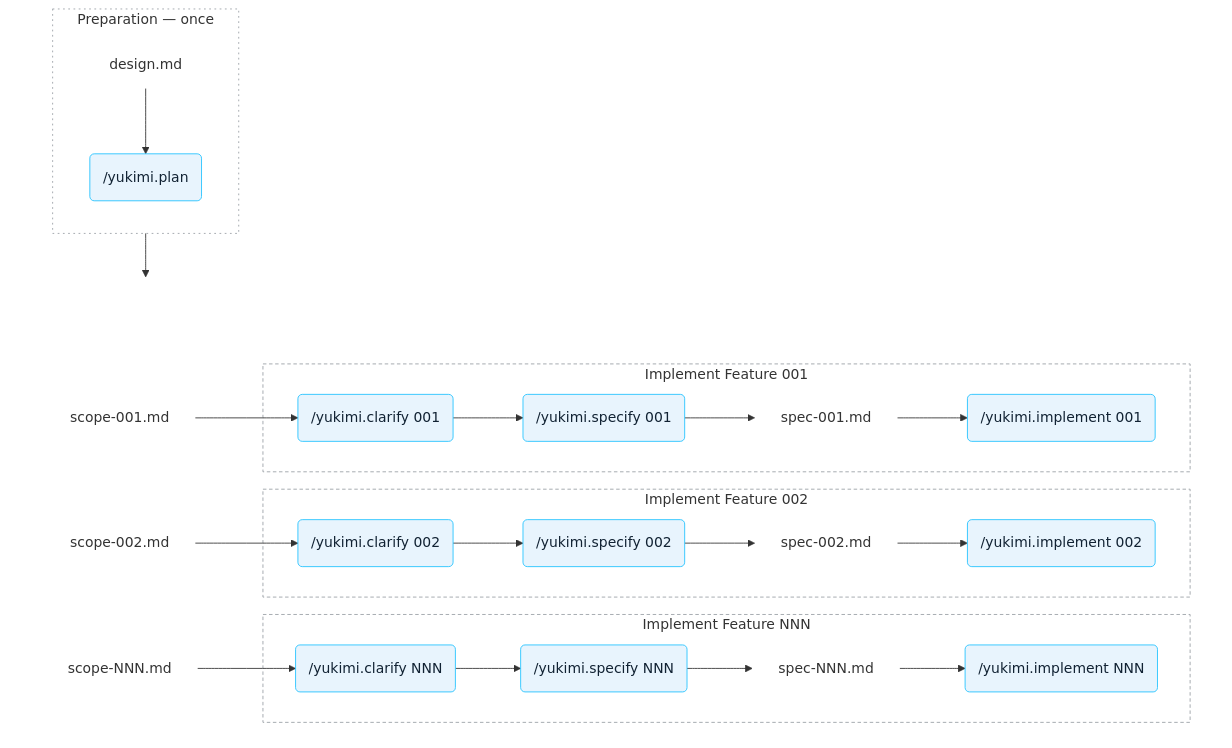
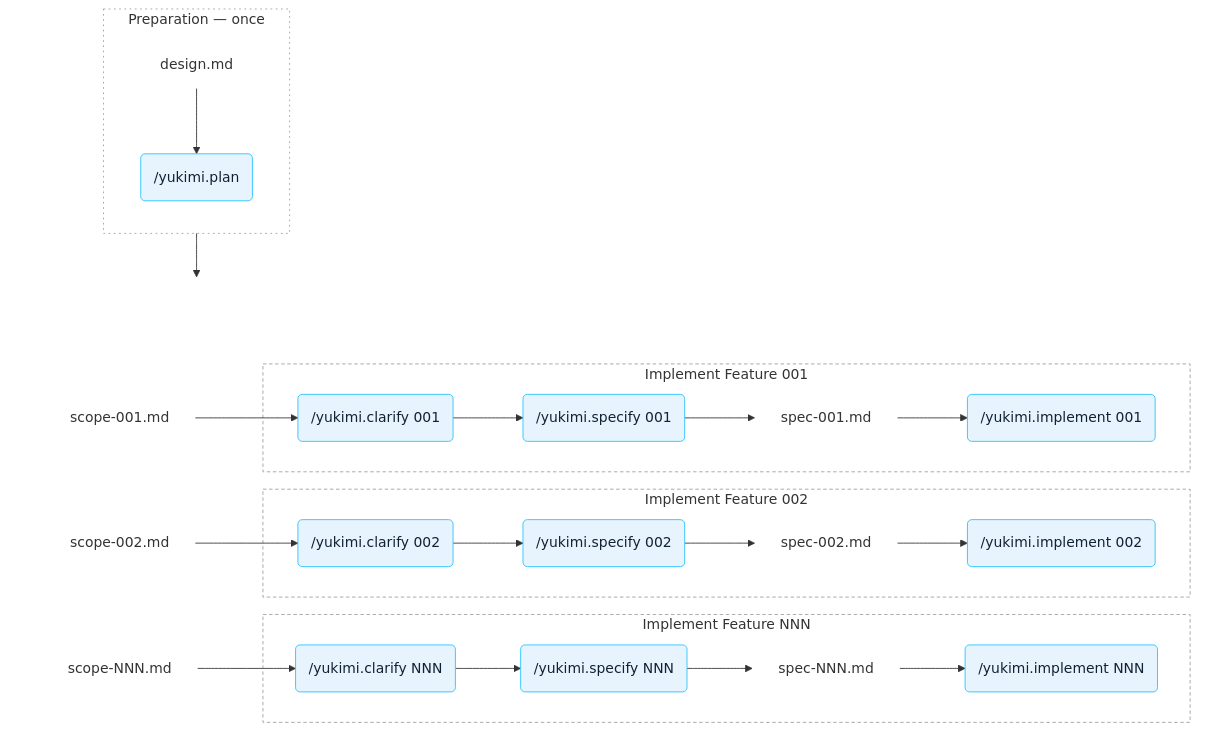
The diagram in CONTRIBUTING.md (allianz/yukimi), drawn with Mermaid before and after one commit.

Commit message:
improved picture

````diff
--- a/CONTRIBUTING.md
+++ b/CONTRIBUTING.md
@@ -14,62 +14,62 @@
 ```mermaid
 flowchart TB
     %% Two stacked halves. Edges run box-to-box, never from an inner node to the outside: an edge
     %% out of an inner node makes mermaid drop that box's own `direction`, and the directions are
     %% what shape this diagram (design.md above /yukimi.plan, and the feature rows left to right).
     subgraph prep["Preparation — once"]
         direction TB
         design["design.md"] --> plan("/yukimi.plan")
     end
 
     %% Left alignment: mermaid centres every rank, so the Preparation box needs something to its
     %% right to be pushed left. `spacer` is a transparent node — only its width does any work —
     %% and the invisible `~~~` link is what pins it to the same rank as the box instead of letting
     %% it float off on its own. Add or remove dots to nudge Preparation further left or right.
-    spacer["..........................................................................................................................................."]
+    spacer["...................................................................................................................."]
 
     %% `anchor` is a second invisible node, one rank below Preparation and nothing else — that is
     %% what makes the arrow drop straight down from the box's centre. It must NOT link to `impl`:
     %% with that link, mermaid balances the anchor between Preparation and the wide box's centre
     %% and the arrow leans right again. `mid` carries the invisible route down to `impl` instead,
     %% which also gives the anchor a rank of its own so the arrow stays short.
     prep --> anchor[" "]
     spacer ~~~ mid[" "]
     mid ~~~ impl
 
     %% Invisible grouping box. The rendered row order is a right-rotation of the declaration order:
     %% declaring 001, 002, NNN comes out as NNN, 001, 002. Declaring 002, NNN, 001 is therefore what
     %% renders 001 on top and NNN at the bottom. Verified by rendering, so change it with care.
     subgraph impl[" "]
         direction LR
 
         subgraph spec2["Implement Feature 002"]
             c2("/yukimi.clarify 002") --> s2("/yukimi.specify 002") --> sf2["spec-002.md"] --> i2("/yukimi.implement 002")
         end
 
         subgraph specn["Implement Feature NNN"]
             cn("/yukimi.clarify NNN") --> sn("/yukimi.specify NNN") --> sfn["spec-NNN.md"] --> imn("/yukimi.implement NNN")
         end
 
         subgraph spec1["Implement Feature 001"]
             c1("/yukimi.clarify 001") --> s1("/yukimi.specify 001") --> sf1["spec-001.md"] --> i1("/yukimi.implement 001")
         end
 
         sc1["scope-001.md"] --> c1
         sc2["scope-002.md"] --> c2
         scn["scope-NNN.md"] --> cn
     end
 
     classDef file fill:transparent,stroke:transparent,stroke-width:0
     classDef skill fill:#e8f4fd,stroke:#22c2ff,color:#123
     class design,scn,sc2,sc1,sfn,sf2,sf1 file
     class plan,cn,sn,imn,c2,s2,i2,c1,s1,i1 skill
 
     style prep fill:transparent,stroke:#9aa0a6,stroke-dasharray:2 4
     style spacer fill:transparent,stroke:transparent,color:transparent
     style anchor fill:transparent,stroke:transparent,color:transparent
     style mid fill:transparent,stroke:transparent,color:transparent
     style impl fill:transparent,stroke:transparent
     style spec1 fill:transparent,stroke:#9aa0a6,stroke-dasharray:4 3
     style spec2 fill:transparent,stroke:#9aa0a6,stroke-dasharray:4 3
     style specn fill:transparent,stroke:#9aa0a6,stroke-dasharray:4 3
 ```
````
